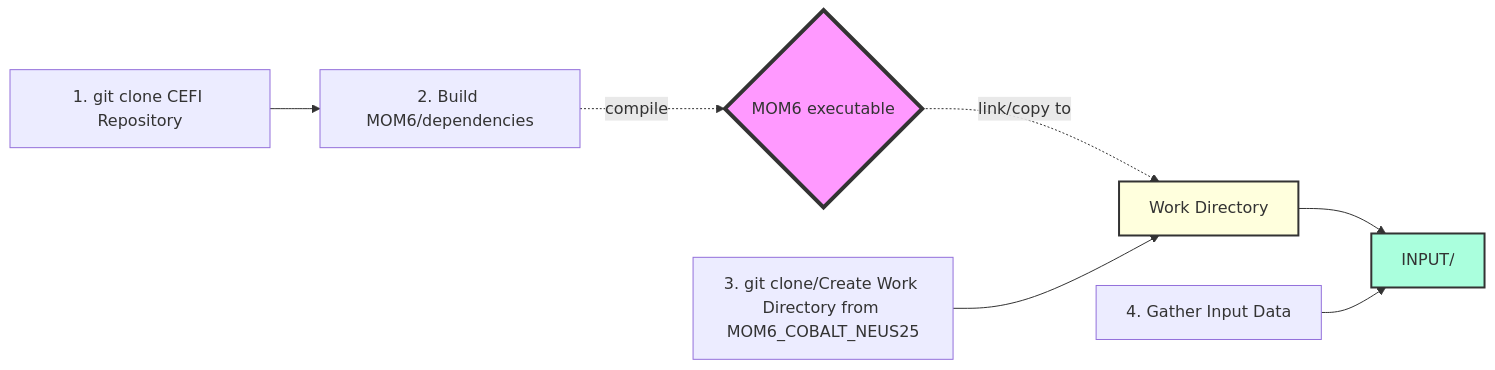
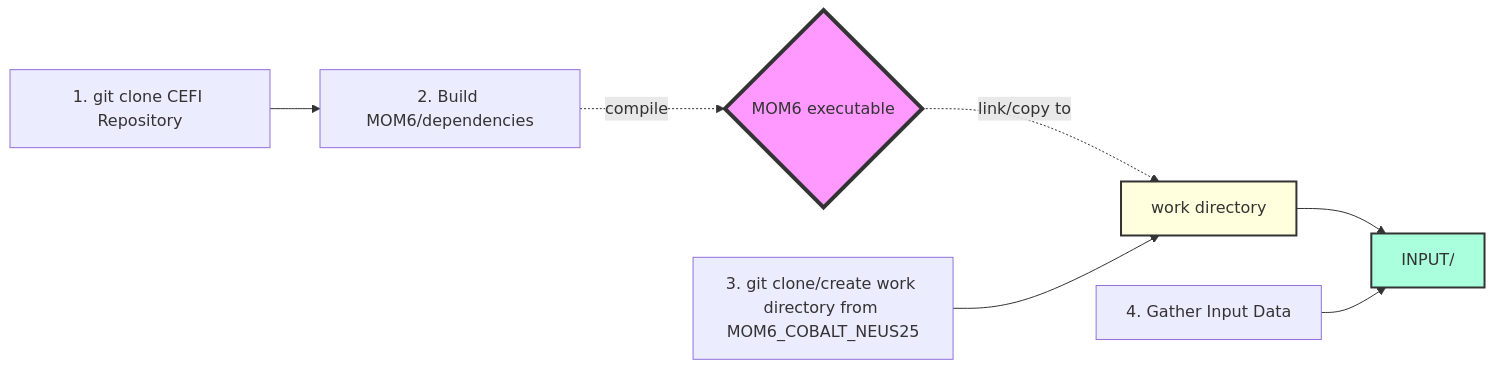
The first of 2 diagrams in README2.md (dksasaki/MOM6_COBALT_NEUS25), drawn with Mermaid before and after one commit.

Commit message:
minor changes

````diff
--- a/README2.md
+++ b/README2.md
@@ -19,18 +19,18 @@
 ```mermaid
 flowchart LR
     A[1. git clone CEFI Repository] --> B[2. Build MOM6/dependencies]
     B -.-> |compile| C{MOM6 executable}
     
-    D[3. git clone/Create Work Directory from MOM6_COBALT_NEUS25]
-    C -.-> |link/copy to| E[Work Directory]
+    D[3. git clone/create work directory from MOM6_COBALT_NEUS25]
+    C -.-> |link/copy to| E[work directory]
     D --> E
     
     E --> H
     %% F[4. Gather Input Data <br/> <br/>Static Files<br/>- Grid<br/>- Initial Conditions<br/>- Auxiliary Files <br/> <br/>Forcing Files<br/>- Atmosphere<br/>- Ocean BC<br/>- Rivers]
     F[4. Gather Input Data ]
     F --> H[INPUT/]
     
     style C fill:#f9f,stroke:#333,stroke-width:4px
     style H fill:#afd,stroke:#333,stroke-width:2px
     style E fill:#ffd,stroke:#333,stroke-width:2px
 ```
````
